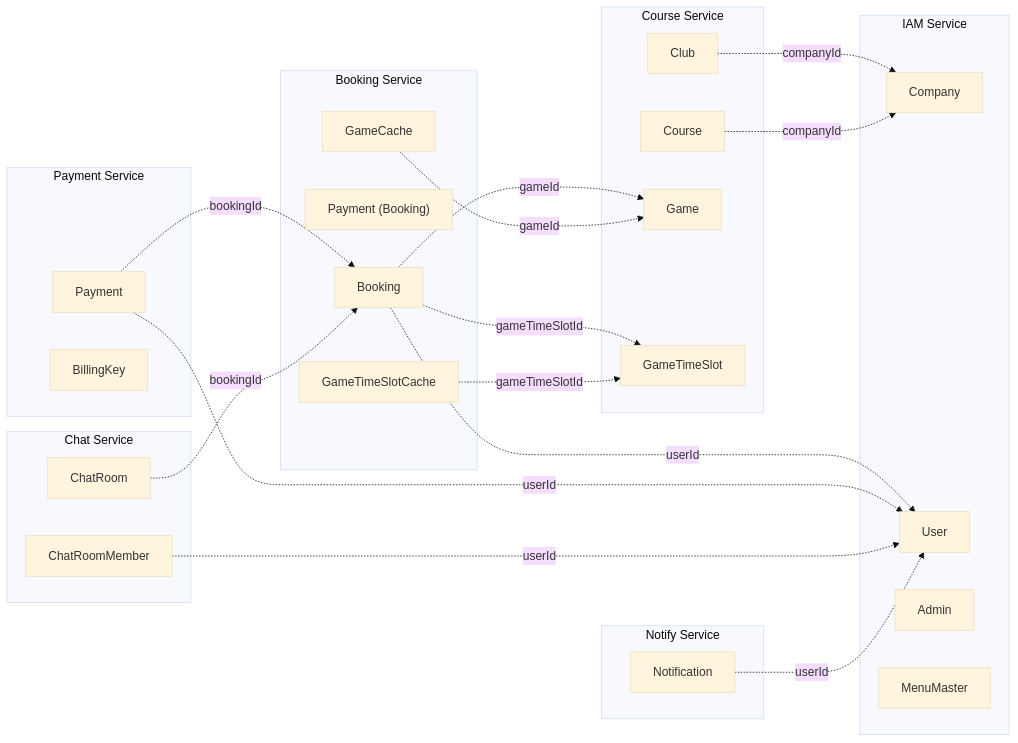
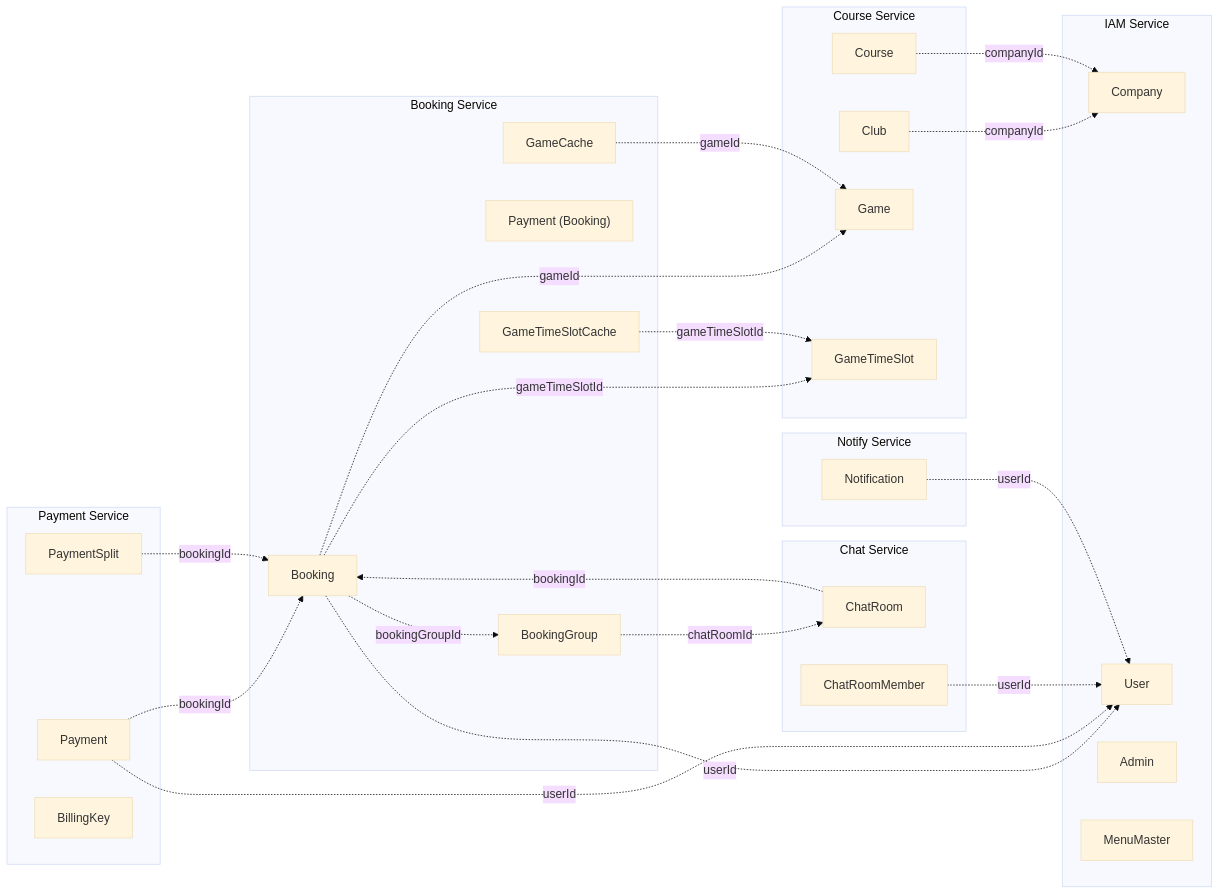
Before and after one commit to uniyous/parkgolf-platform: the first of 27 diagrams in docs/architecture/DATABASE.md, drawn with Mermaid (base theme). The commit also changed other lines of this file and 6 other files, not shown here.

First line of the commit message:
docs: 아키텍처/워크플로우 문서 현행화 및 SECURITY.md 추가

````diff
--- a/docs/architecture/DATABASE.md
+++ b/docs/architecture/DATABASE.md
@@ -21,50 +21,55 @@
 ```mermaid
 flowchart LR
     subgraph iam["IAM Service"]
         Company
         User
         Admin
         Menu["MenuMaster"]
     end
 
     subgraph course["Course Service"]
         Club
         Course
         Game
         GameTimeSlot
     end
 
     subgraph booking["Booking Service"]
         Booking
+        BookingGroup
         BookingPayment["Payment (Booking)"]
         GameCache
         SlotCache["GameTimeSlotCache"]
     end
 
     subgraph payment["Payment Service"]
         Payment
+        PaymentSplit
         BillingKey
     end
 
     subgraph chat["Chat Service"]
         ChatRoom
         ChatRoomMember
     end
 
     subgraph notify["Notify Service"]
         Notification
     end
 
     Club -.->|companyId| Company
     Course -.->|companyId| Company
     Booking -.->|userId| User
     Booking -.->|gameTimeSlotId| GameTimeSlot
     Booking -.->|gameId| Game
+    Booking -.->|bookingGroupId| BookingGroup
+    BookingGroup -.->|chatRoomId| ChatRoom
     GameCache -.->|gameId| Game
     SlotCache -.->|gameTimeSlotId| GameTimeSlot
     Payment -.->|userId| User
     Payment -.->|bookingId| Booking
+    PaymentSplit -.->|bookingId| Booking
     ChatRoom -.->|bookingId| Booking
     ChatRoomMember -.->|userId| User
     Notification -.->|userId| User
 ```
````
